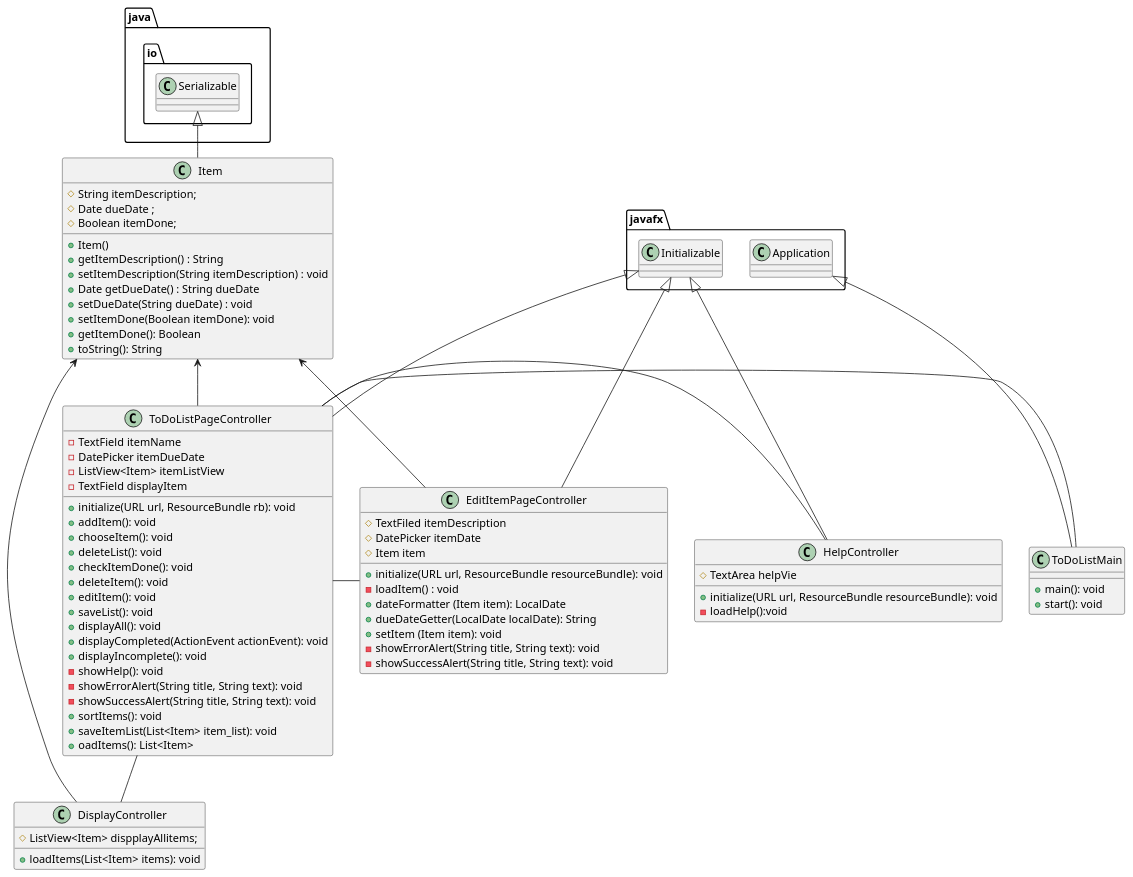
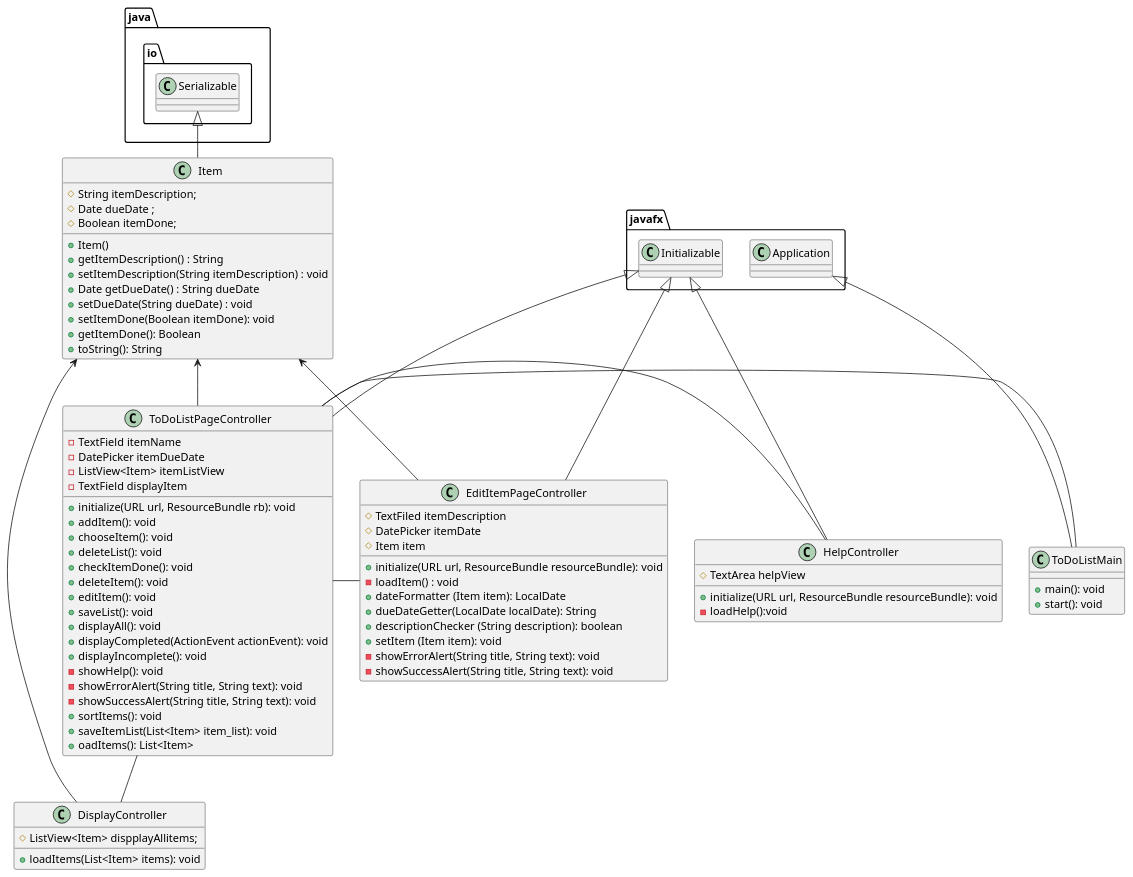
Before and after one commit to SaharaSheik/Sheikholeslami-Do-To-List-App: the diagram in UML/ToDoListApp.puml, drawn with PlantUML. The commit also changed 3 other files, not shown here.

```diff
--- a/UML/ToDoListApp.puml
+++ b/UML/ToDoListApp.puml
@@ -1,97 +1,98 @@
 @startuml
 'https://plantuml.com/sequence-diagram
 
 class ToDoListMain{
    + main(): void
    + start(): void
 }
 
 class Item{
  #String itemDescription;
  #Date dueDate ;
  #Boolean itemDone;
 
 +Item()
 + getItemDescription() : String
 + setItemDescription(String itemDescription) : void
 + Date getDueDate() : String dueDate
 + setDueDate(String dueDate) : void
 + setItemDone(Boolean itemDone): void
 + getItemDone(): Boolean
 + toString(): String
 }
 
 
 class ToDoListPageController {
 -TextField itemName
 -DatePicker itemDueDate
 -ListView<Item> itemListView
 -TextField displayItem
 
 +initialize(URL url, ResourceBundle rb): void
 +addItem(): void
 +chooseItem(): void
 +deleteList(): void
 +checkItemDone(): void
 +deleteItem(): void
 +editItem(): void
 +saveList(): void
 +displayAll(): void
 +displayCompleted(ActionEvent actionEvent): void
 +displayIncomplete(): void
 -showHelp(): void
 -showErrorAlert(String title, String text): void
 -showSuccessAlert(String title, String text): void
 +sortItems(): void
 +saveItemList(List<Item> item_list): void
 +oadItems(): List<Item>
 
 
 }
 
 
 class EditItemPageController {
 
 #TextFiled itemDescription
 #DatePicker itemDate
 #Item item
 +initialize(URL url, ResourceBundle resourceBundle): void
 -loadItem() : void
 +dateFormatter (Item item): LocalDate
 +dueDateGetter(LocalDate localDate): String
++descriptionChecker (String description): boolean
 +setItem (Item item): void
 -showErrorAlert(String title, String text): void
 -showSuccessAlert(String title, String text): void
 
 }
 
 class DisplayController {
 
 #ListView<Item> dispplayAllitems;
 +loadItems(List<Item> items): void
 
 }
 class HelpController{
-#TextArea helpVie
+#TextArea helpView
 +initialize(URL url, ResourceBundle resourceBundle): void
 -loadHelp():void
 }
 
 
 
 javafx.Application <|-- ToDoListMain
 java.io.Serializable<|--Item
 javafx.Initializable<|--ToDoListPageController
 javafx.Initializable<|-EditItemPageController
 javafx.Initializable<|--HelpController
 ToDoListPageController - ToDoListMain
 Item<-EditItemPageController
 Item<--ToDoListPageController
 ToDoListPageController-EditItemPageController
 ToDoListPageController-- DisplayController
 Item<- DisplayController
 ToDoListPageController-HelpController
 
 
 
 @enduml
```
